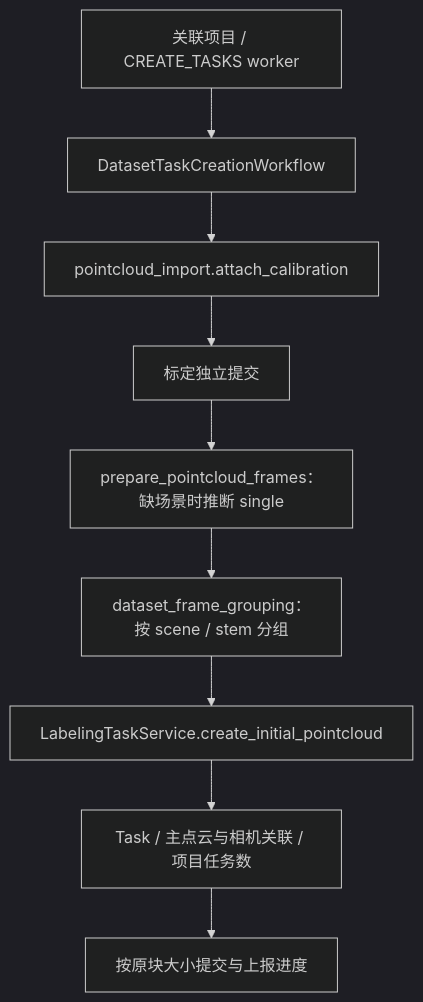
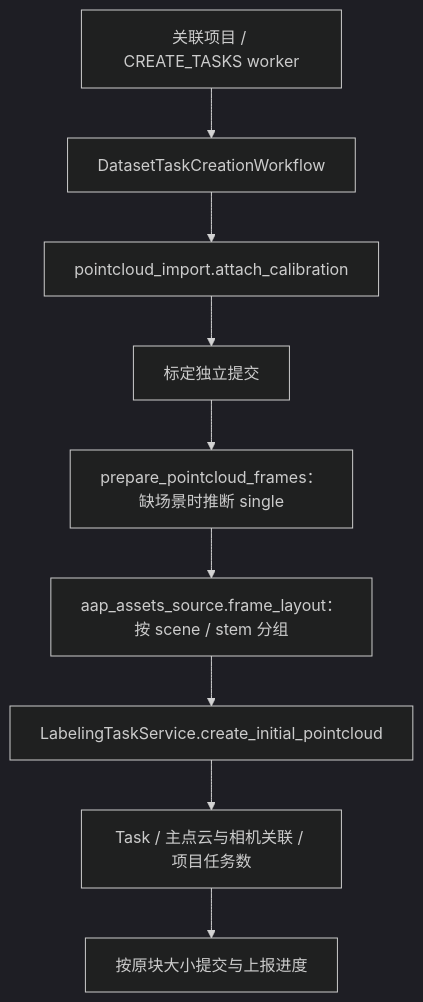
The diagram in docs-site/dev/reference/point-cloud-data-model.md (YOAO-Labs/ai-annotation-platform), drawn with Mermaid (dark theme) before and after one commit. The commit also changed other lines of this file and 18 other files, not shown here.

````diff
--- a/docs-site/dev/reference/point-cloud-data-model.md
+++ b/docs-site/dev/reference/point-cloud-data-model.md
@@ -87,11 +87,11 @@
 ```mermaid
 flowchart TD
     Entry["关联项目 / CREATE_TASKS worker"] --> Workflow["DatasetTaskCreationWorkflow"]
     Workflow --> Calibration["pointcloud_import.attach_calibration"]
     Calibration --> Commit["标定独立提交"]
     Commit --> Prepare["prepare_pointcloud_frames：缺场景时推断 single"]
-    Prepare --> Group["dataset_frame_grouping：按 scene / stem 分组"]
+    Prepare --> Group["aap_assets_source.frame_layout：按 scene / stem 分组"]
     Group --> Labeling["LabelingTaskService.create_initial_pointcloud"]
     Labeling --> Writes["Task / 主点云与相机关联 / 项目任务数"]
     Writes --> Chunk["按原块大小提交与上报进度"]
 ```
````
